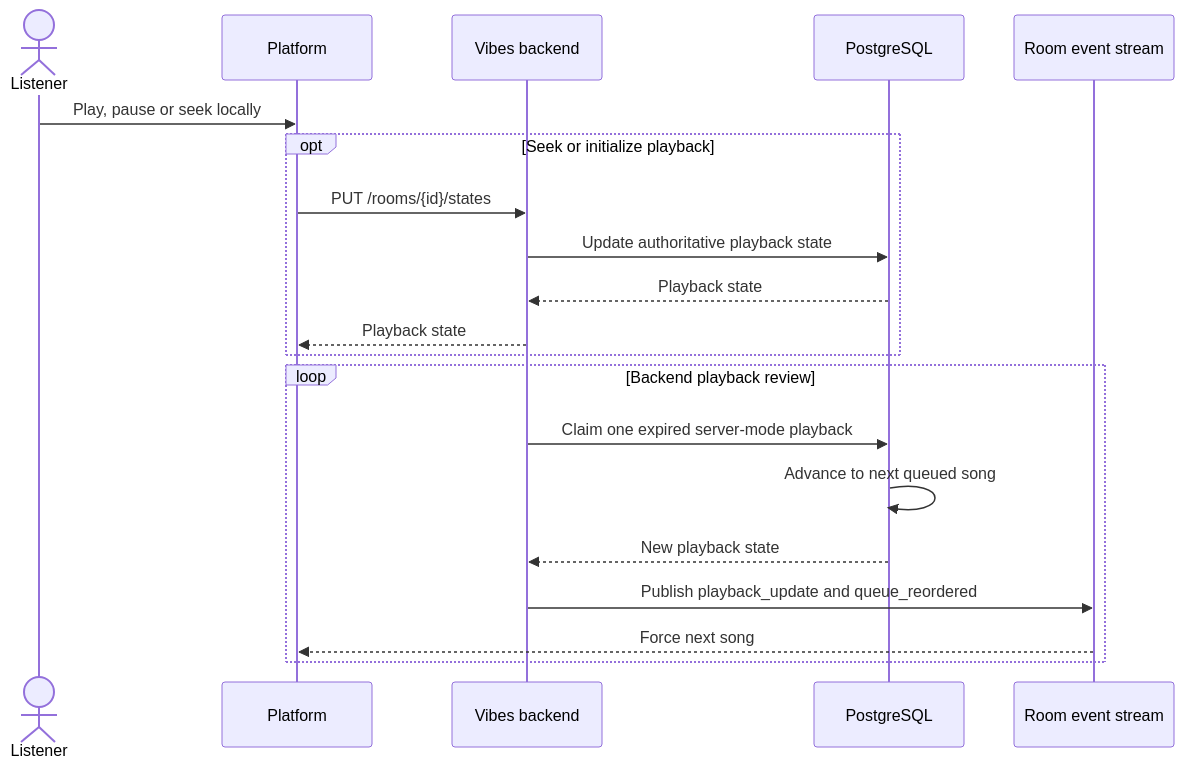
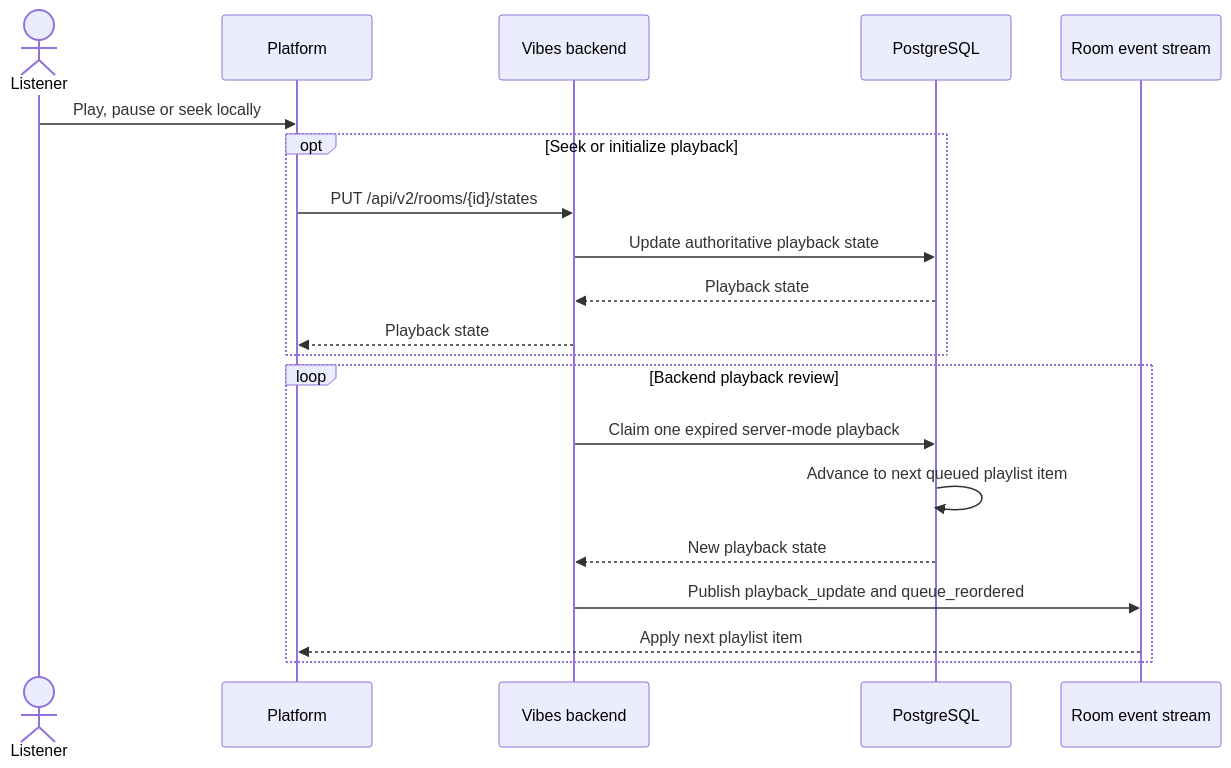
Before and after one commit to zoff-music/vibes-backend: the first of 2 diagrams in docs/flows/playback.md, drawn with Mermaid. The commit also changed other lines of this file and 69 other files, not shown here.

````diff
--- a/docs/flows/playback.md
+++ b/docs/flows/playback.md
@@ -9,24 +13,24 @@
 ```mermaid
 sequenceDiagram
     actor Listener
     participant Platform
     participant API as Vibes backend
     participant DB as PostgreSQL
     participant Events as Room event stream
 
     Listener->>Platform: Play, pause or seek locally
     opt Seek or initialize playback
-        Platform->>API: PUT /rooms/{id}/states
+        Platform->>API: PUT /api/v2/rooms/{id}/states
         API->>DB: Update authoritative playback state
         DB-->>API: Playback state
         API-->>Platform: Playback state
     end
 
     loop Backend playback review
         API->>DB: Claim one expired server-mode playback
-        DB->>DB: Advance to next queued song
+        DB->>DB: Advance to next queued playlist item
         DB-->>API: New playback state
         API->>Events: Publish playback_update and queue_reordered
-        Events-->>Platform: Force next song
+        Events-->>Platform: Apply next playlist item
     end
 ```
````
